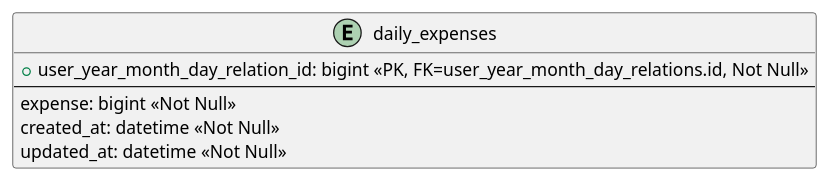
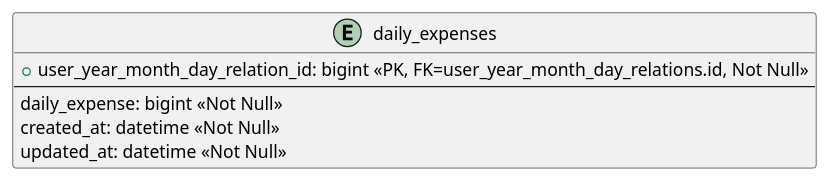
Before and after one commit to ZoveRKI/BookKeeping: the diagram in Plantuml/tables/daily_expenses.puml, drawn with PlantUML. The commit also changed 5 other files, not shown here.

Commit message:
fix: expense > daily_expense

```diff
--- a/Plantuml/tables/daily_expenses.puml
+++ b/Plantuml/tables/daily_expenses.puml
@@ -1,11 +1,11 @@
 @startuml daily_expenses
 
 entity "daily_expenses" as daily_expenses {
     + user_year_month_day_relation_id: bigint <<PK, FK=user_year_month_day_relations.id, Not Null>>
     --
-    expense: bigint <<Not Null>>
+    daily_expense: bigint <<Not Null>>
     created_at: datetime <<Not Null>>
     updated_at: datetime <<Not Null>>
 }
 
 @enduml
```
